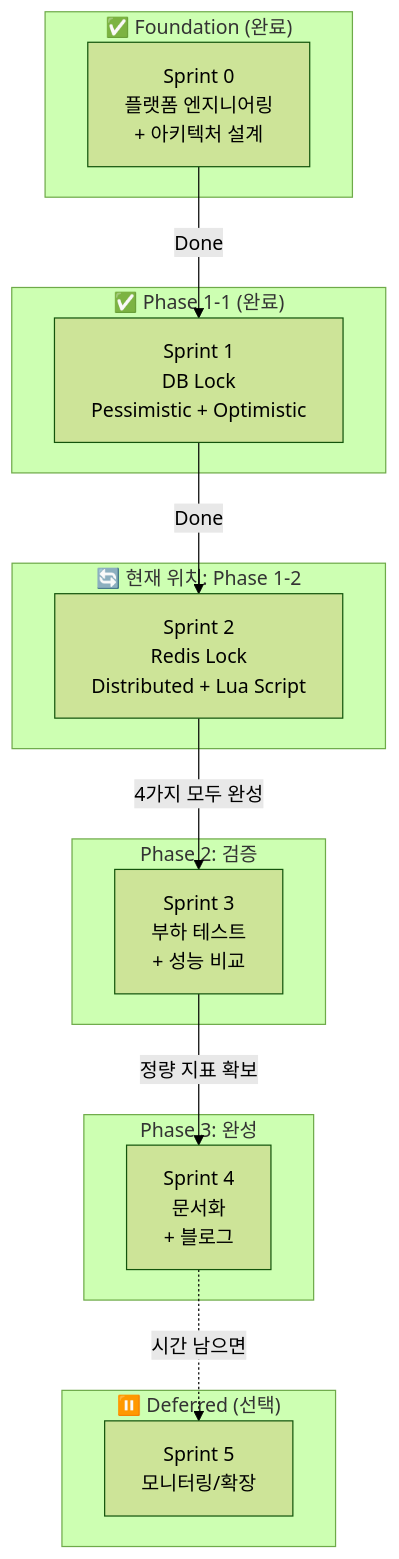
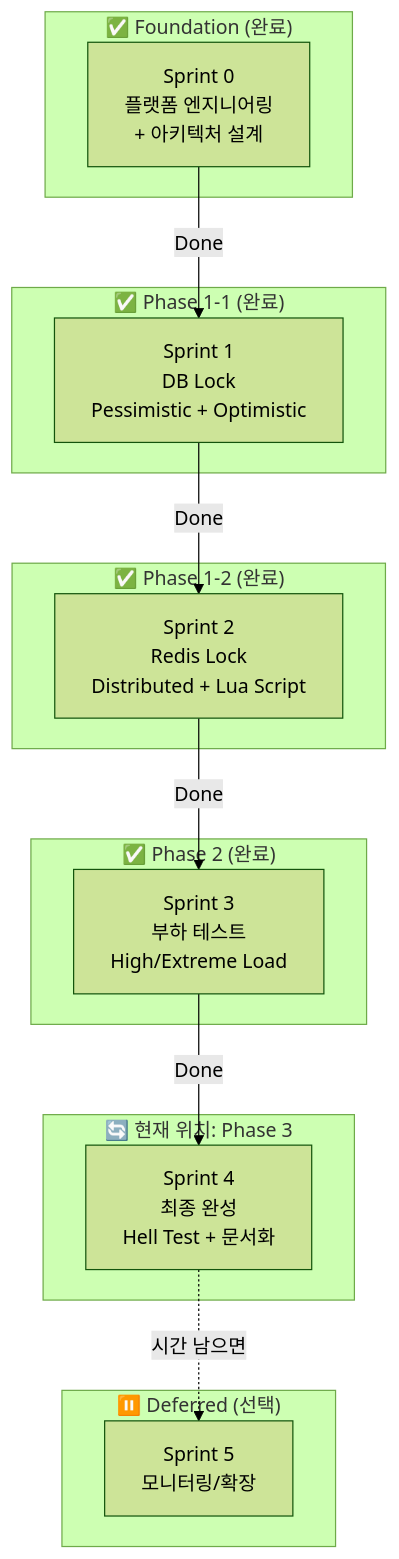
The first of 2 diagrams in how-diagram.md (JuJin1324/concurrency-control-poc), drawn with Mermaid (forest theme) before and after one commit. The commit also changed other lines of this file, not shown here.

First line of the commit message:
docs(plan): update meta diagram for Sprint 4 Hell Test

````diff
--- a/how-diagram.md
+++ b/how-diagram.md
@@ -27,32 +27,32 @@
 ```mermaid
 flowchart TD
     subgraph Foundation["✅ Foundation (완료)"]
         S0[Sprint 0<br/>플랫폼 엔지니어링<br/>+ 아키텍처 설계]
     end
 
     subgraph Phase1Done["✅ Phase 1-1 (완료)"]
         S1[Sprint 1<br/>DB Lock<br/>Pessimistic + Optimistic]
     end
 
-    subgraph Current["🔄 현재 위치: Phase 1-2"]
+    subgraph Phase1Done2["✅ Phase 1-2 (완료)"]
         S2[Sprint 2<br/>Redis Lock<br/>Distributed + Lua Script]
     end
 
-    subgraph Phase2["Phase 2: 검증"]
-        S3[Sprint 3<br/>부하 테스트<br/>+ 성능 비교]
+    subgraph Phase2Done["✅ Phase 2 (완료)"]
+        S3[Sprint 3<br/>부하 테스트<br/>High/Extreme Load]
     end
 
-    subgraph Phase3["Phase 3: 완성"]
-        S4[Sprint 4<br/>문서화<br/>+ 블로그]
+    subgraph Current["🔄 현재 위치: Phase 3"]
+        S4[Sprint 4<br/>최종 완성<br/>Hell Test + 문서화]
     end
 
     subgraph Deferred["⏸️ Deferred (선택)"]
         S5[Sprint 5<br/>모니터링/확장]
     end
 
     S0 -->|Done| S1
     S1 -->|Done| S2
-    S2 -->|4가지 모두 완성| S3
-    S3 -->|정량 지표 확보| S4
+    S2 -->|Done| S3
+    S3 -->|Done| S4
     S4 -.->|시간 남으면| S5
 ```
````
